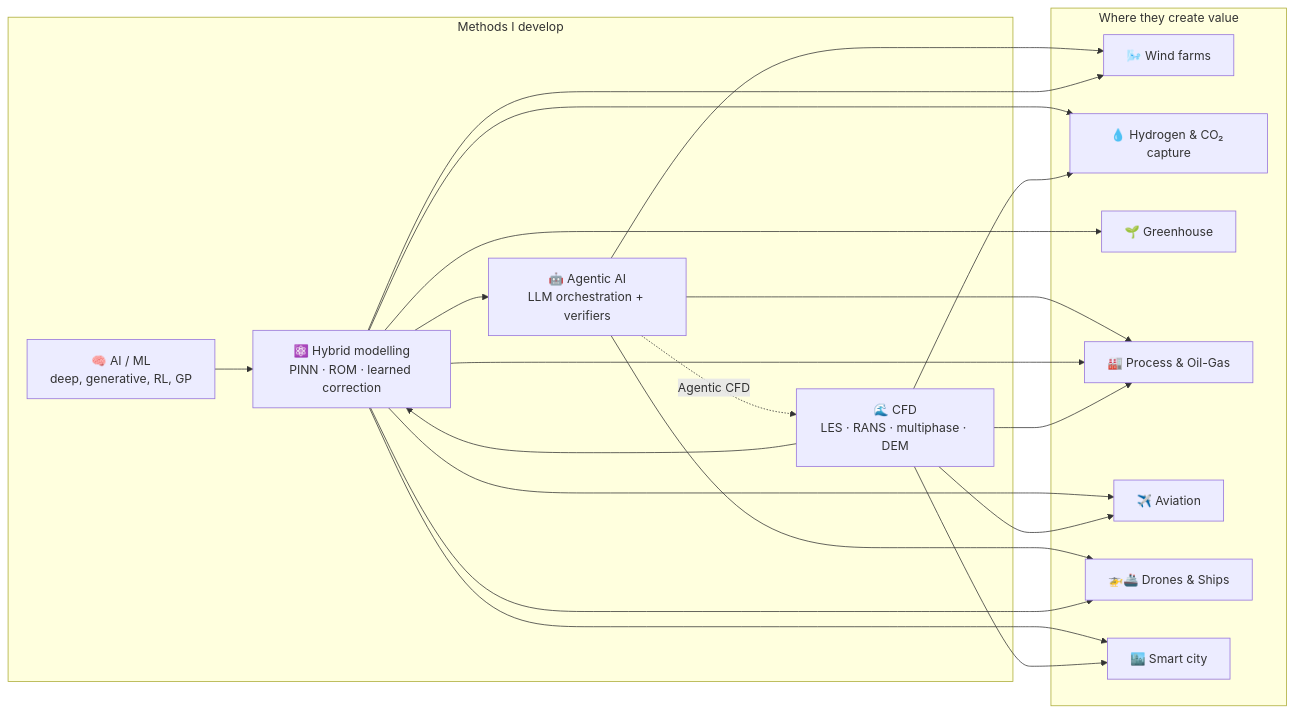
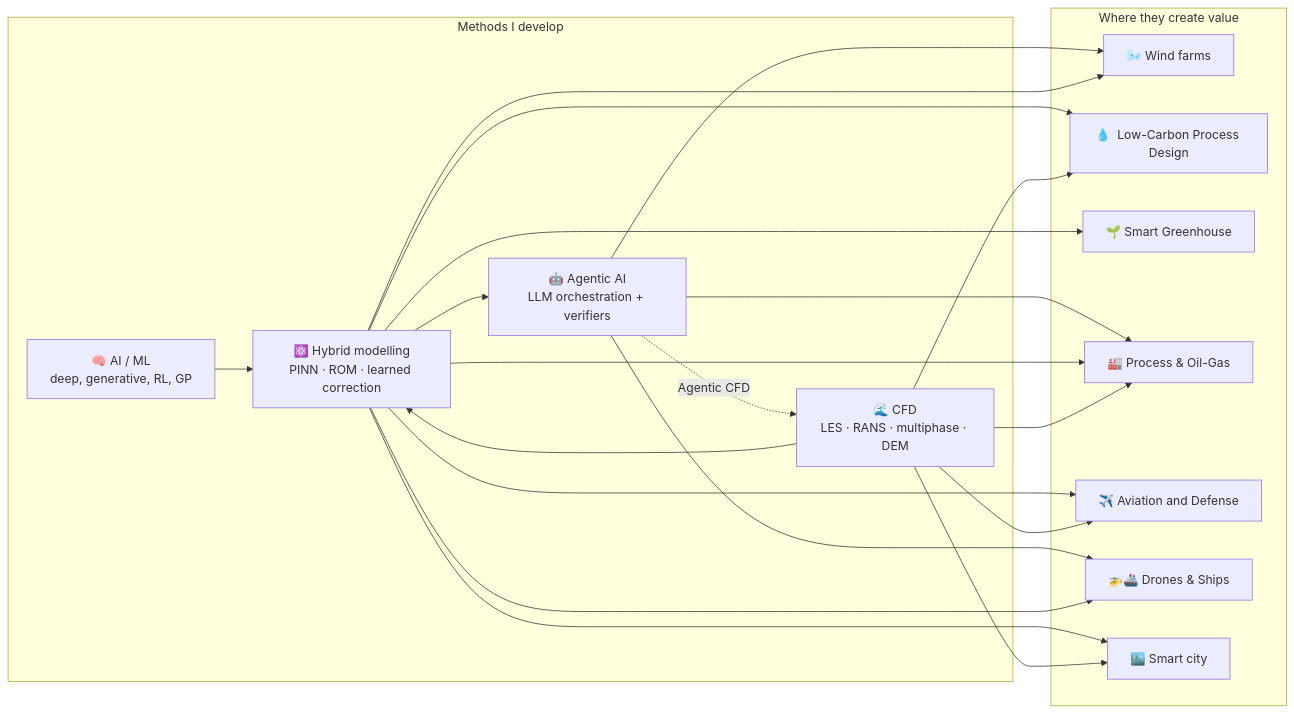
One commit to mandar-tabib-1/mandar-tabib-1 changed the diagram in README.md. Above: the diagram before and after it, drawn with Mermaid. The commit also changed other lines of this file, not shown here.

````diff
--- a/README.md
+++ b/README.md
@@ -80,25 +104,25 @@
 ```mermaid
 flowchart LR
   subgraph M["Methods I develop"]
     A["🧠 AI / ML<br/>deep, generative, RL, GP"]
     H["⚛️ Hybrid modelling<br/>PINN · ROM · learned correction"]
     C["🌊 CFD<br/>LES · RANS · multiphase · DEM"]
     G["🤖 Agentic AI<br/>LLM orchestration + verifiers"]
   end
   subgraph D["Where they create value"]
     W["🌬️ Wind farms"]
-    Hy["💧 Hydrogen & CO₂ capture"]
-    Gh["🌱 Greenhouse"]
+    Hy["💧  Low-Carbon Process Design"]
+    Gh["🌱 Smart Greenhouse"]
     P["🏭 Process & Oil-Gas"]
-    Av["✈️ Aviation"]
+    Av["✈️ Aviation and Defense"]
     Au["🚁🚢 Drones & Ships"]
     S["🏙️ Smart city"]
   end
   A --> H
   C --> H
   H --> G
   G --> W & P & Au
   G -. "Agentic CFD" .-> C
   H --> W & Hy & Gh & P & Av & Au & S
   C --> Hy & P & Av & S
 ```
````
